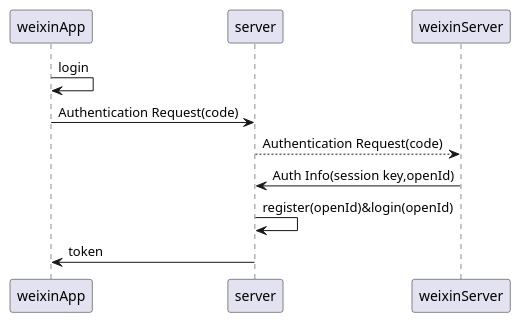
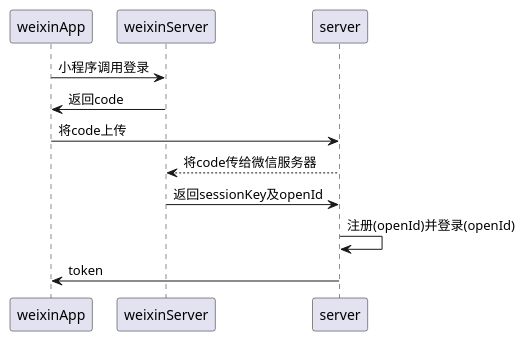
The diagram in src/main/java/com/hrz/uml/wechat/weixin-login.puml (huangruzhe/PlantUML-study), drawn with PlantUML before and after one commit. The commit also changed 1 other file, not shown here.

Commit message:
添加微信支付模型图

```diff
--- a/src/main/java/com/hrz/uml/wechat/weixin-login.puml
+++ b/src/main/java/com/hrz/uml/wechat/weixin-login.puml
@@ -1,9 +1,9 @@
 @startuml
-weixinApp-> weixinApp:login
-weixinApp-> server: Authentication Request(code)
-server --> weixinServer: Authentication Request(code)
-
-weixinServer-> server: Auth Info(session key,openId)
-server->server:register(openId)&login(openId)
+weixinApp-> weixinServer:小程序调用登录
+weixinServer->weixinApp:返回code
+weixinApp-> server: 将code上传
+server --> weixinServer: 将code传给微信服务器
+weixinServer->server:返回sessionKey及openId
+server->server:注册(openId)并登录(openId)
 server-> weixinApp: token
 @enduml
```
